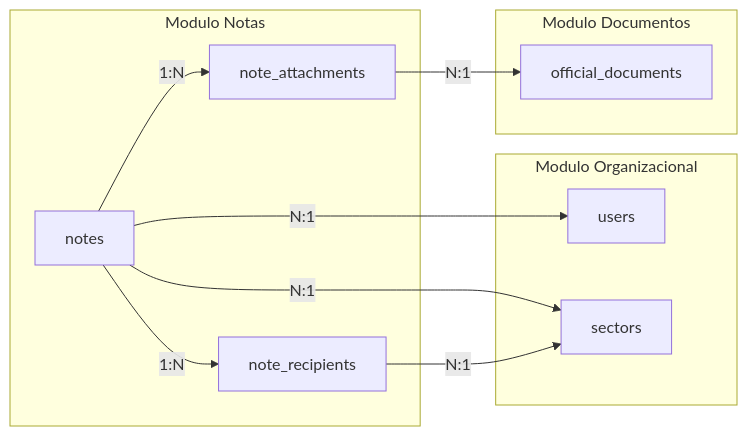
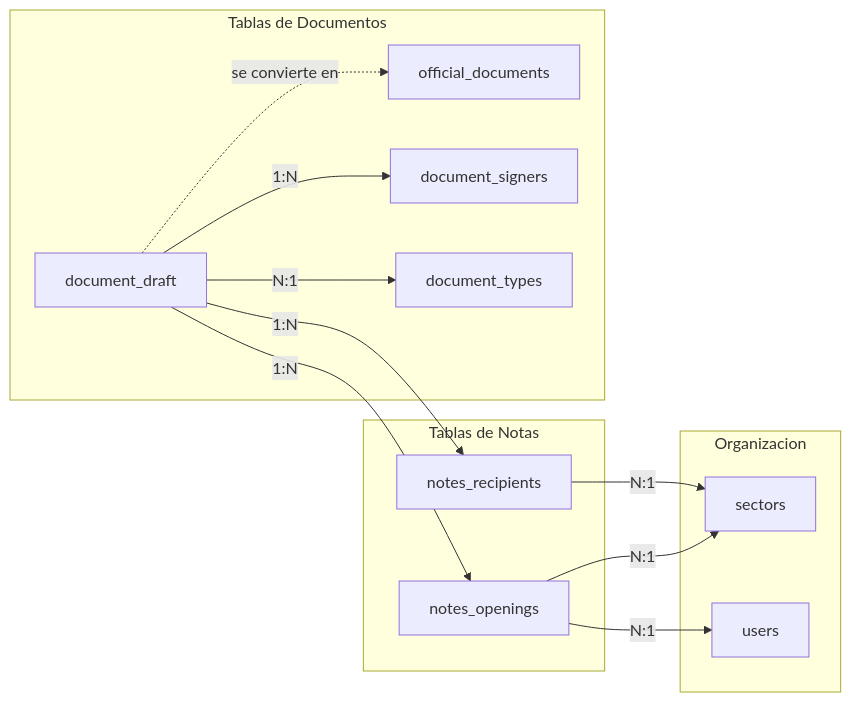
The second of 2 diagrams in docs/notas/modelo-datos.md (GestionDocumentalInteligente/Docs-Site), drawn with Mermaid before and after one commit. The commit also changed other lines of this file and 4 other files, not shown here.

First line of the commit message:
fix(docs): corregir seccion Notas como documentos oficiales con firma

````diff
--- a/docs/notas/modelo-datos.md
+++ b/docs/notas/modelo-datos.md
@@ -186,24 +169,28 @@
 ```mermaid
 flowchart LR
-    subgraph Modulo Notas
-        N[notes]
-        NR[note_recipients]
-        NA[note_attachments]
+    subgraph Tablas de Notas
+        NR[notes_recipients]
+        NO[notes_openings]
     end
 
-    subgraph Modulo Organizacional
-        U[users]
-        S[sectors]
+    subgraph Tablas de Documentos
+        DD[document_draft]
+        OD[official_documents]
+        DS[document_signers]
+        DT[document_types]
     end
 
-    subgraph Modulo Documentos
-        OD[official_documents]
+    subgraph Organizacion
+        S[sectors]
+        U[users]
     end
 
-    N -->|1:N| NR
-    N -->|1:N| NA
-    N -->|N:1| U
-    N -->|N:1| S
+    DD -->|1:N| NR
+    DD -->|1:N| NO
+    DD -->|1:N| DS
+    DD -->|N:1| DT
+    DD -.->|se convierte en| OD
     NR -->|N:1| S
-    NA -->|N:1| OD
+    NO -->|N:1| S
+    NO -->|N:1| U
 ```
````
